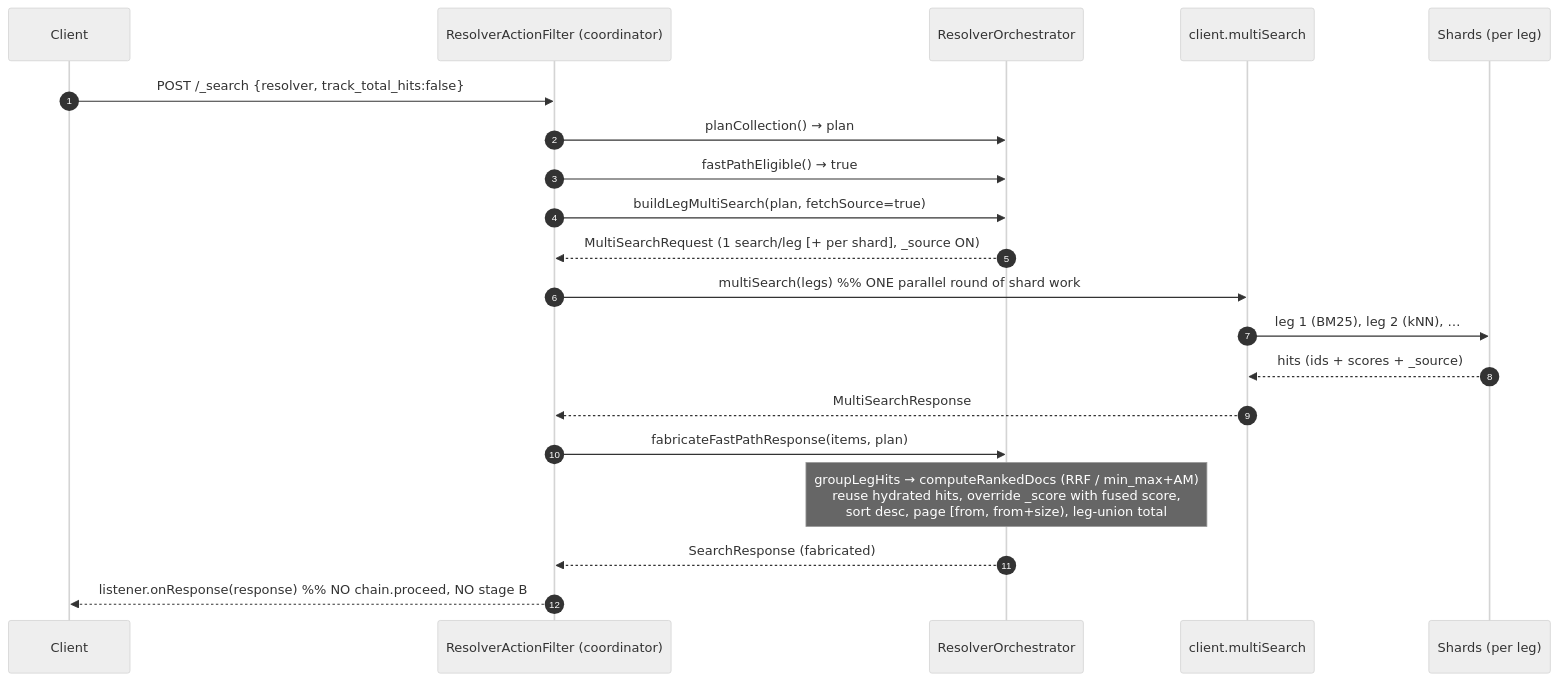
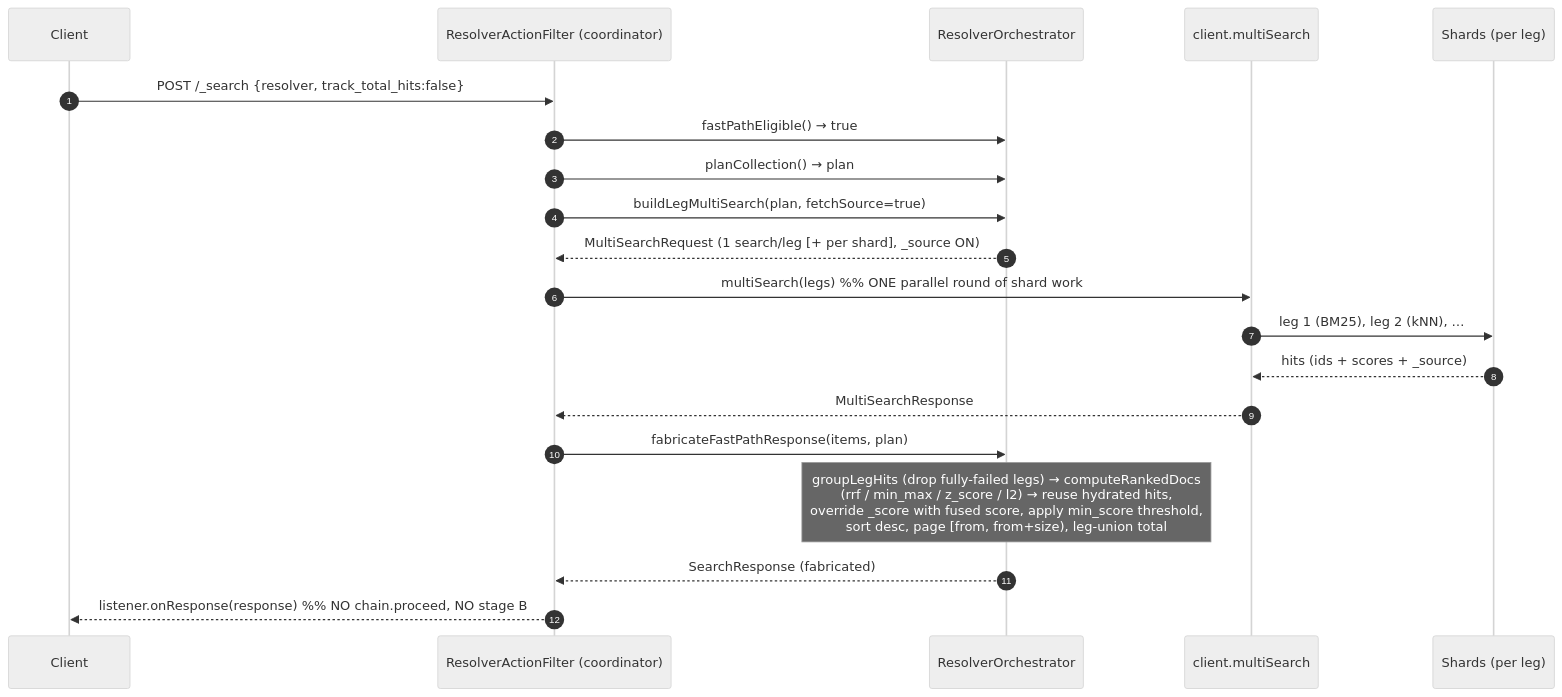
Before and after one commit to martin-gaievski/neural-search: the third of 7 diagrams in RESOLVER_POC_DIAGRAMS.md, drawn with Mermaid (neutral theme). The commit also changed other lines of this file and 1 other file, not shown here.

First line of the commit message:
docs(resolver): update POC README + diagrams to v2 architecture

````diff
--- a/RESOLVER_POC_DIAGRAMS.md
+++ b/RESOLVER_POC_DIAGRAMS.md
@@ -100,23 +95,23 @@
 ```mermaid
 sequenceDiagram
     autonumber
     participant C as Client
     participant AF as ResolverActionFilter (coordinator)
     participant O as ResolverOrchestrator
     participant MS as client.multiSearch
     participant SH as Shards (per leg)
 
     C->>AF: POST /_search {resolver, track_total_hits:false}
+    AF->>O: fastPathEligible() → true
     AF->>O: planCollection() → plan
-    AF->>O: fastPathEligible() → true
     AF->>O: buildLegMultiSearch(plan, fetchSource=true)
     O-->>AF: MultiSearchRequest (1 search/leg [+ per shard], _source ON)
     AF->>MS: multiSearch(legs)   %% ONE parallel round of shard work
     MS->>SH: leg 1 (BM25), leg 2 (kNN), …
     SH-->>MS: hits (ids + scores + _source)
     MS-->>AF: MultiSearchResponse
     AF->>O: fabricateFastPathResponse(items, plan)
-    Note over O: groupLegHits → computeRankedDocs (RRF / min_max+AM)<br/>reuse hydrated hits, override _score with fused score,<br/>sort desc, page [from, from+size), leg-union total
+    Note over O: groupLegHits (drop fully-failed legs) → computeRankedDocs<br/>(rrf / min_max / z_score / l2) → reuse hydrated hits,<br/>override _score with fused score, apply min_score threshold,<br/>sort desc, page [from, from+size), leg-union total
     O-->>AF: SearchResponse (fabricated)
     AF-->>C: listener.onResponse(response)   %% NO chain.proceed, NO stage B
 ```
````
